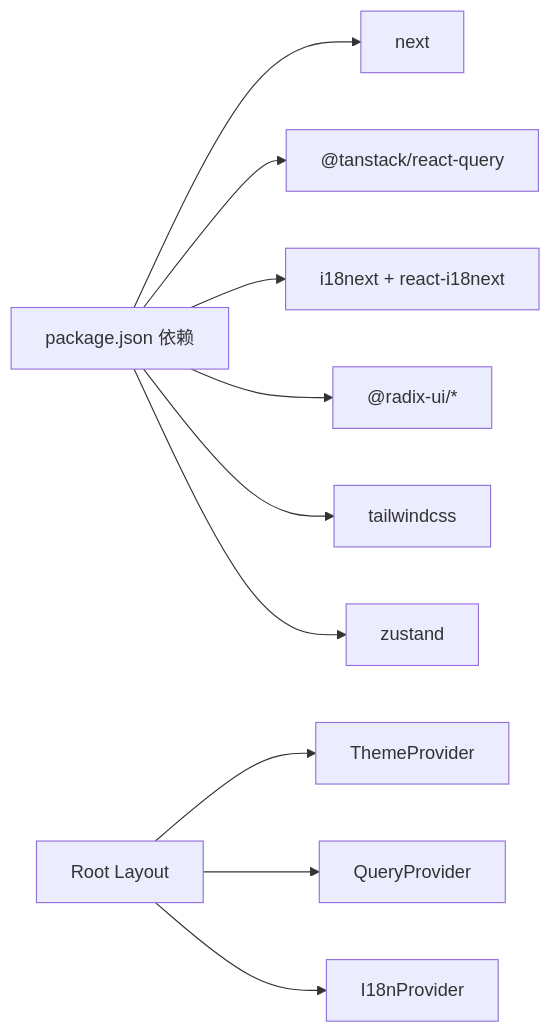
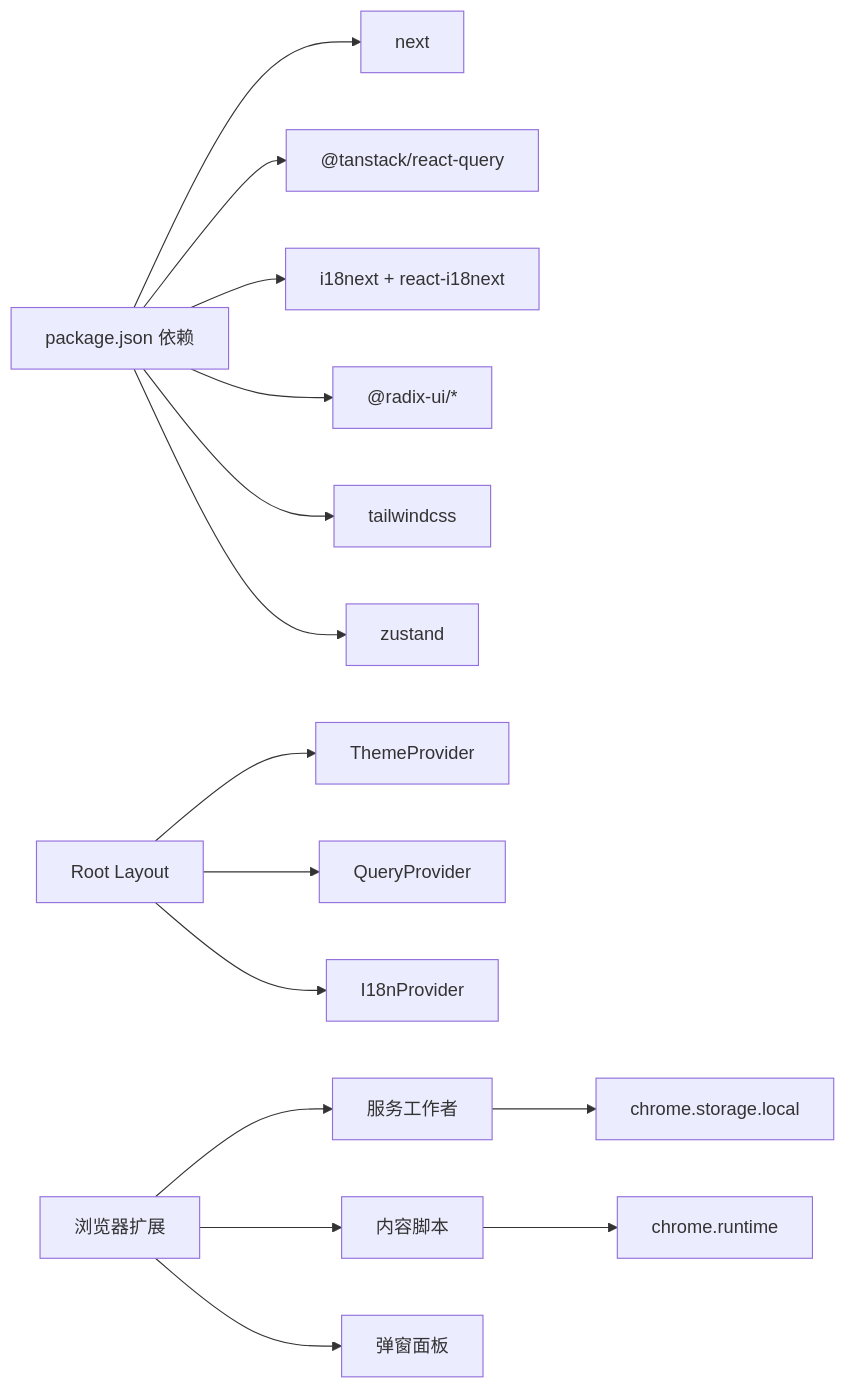
Before and after one commit to jackeyunjie/open-notebook: diagram 12 of 12 in .qoder/repowiki/zh/content/前端架构/前端架构.md, drawn with Mermaid. The commit also changed other lines of this file and 51 other files, not shown here.

````diff
--- a/.qoder/repowiki/zh/content/前端架构/前端架构.md
+++ b/.qoder/repowiki/zh/content/前端架构/前端架构.md
@@ -295,12 +516,17 @@
 ```mermaid
 graph LR
 Pkg["package.json 依赖"] --> Next["next"]
 Pkg --> Query["@tanstack/react-query"]
 Pkg --> I18["i18next + react-i18next"]
 Pkg --> Radix["@radix-ui/*"]
 Pkg --> Tail["tailwindcss"]
 Pkg --> Zust["zustand"]
 Layout["Root Layout"] --> Theme["ThemeProvider"]
 Layout --> QueryP["QueryProvider"]
 Layout --> I18nP["I18nProvider"]
+Ext["浏览器扩展"] --> SW["服务工作者"]
+Ext --> CS["内容脚本"]
+Ext --> Popup["弹窗面板"]
+SW --> Storage["chrome.storage.local"]
+CS --> Runtime["chrome.runtime"]
 ```
````
